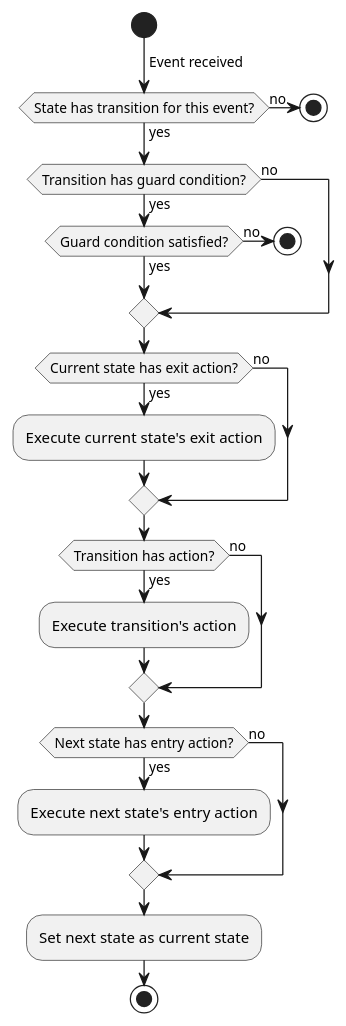
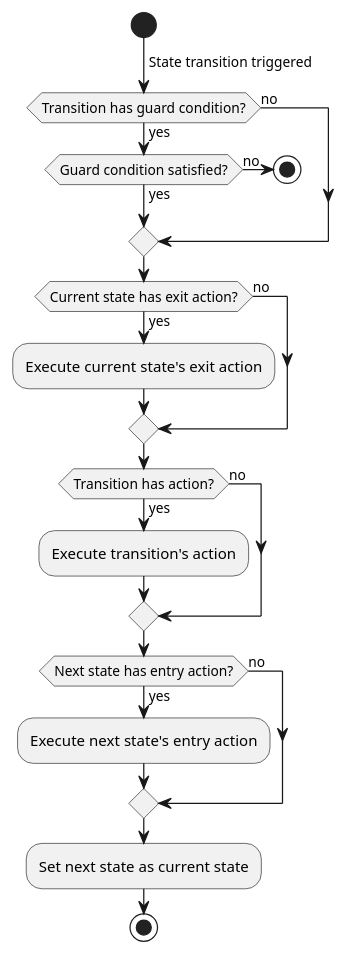
Before and after one commit to djurodrljaca/CppStateMachineFramework: the second of 4 diagrams in docs/Diagrams/FlowCharts.plantuml, drawn with PlantUML. The commit also changed other lines of this file and 8 other files, not shown here.

```diff
--- a/docs/Diagrams/FlowCharts.plantuml
+++ b/docs/Diagrams/FlowCharts.plantuml
@@ -1,37 +20,32 @@
-@startuml StateTransition
+@startuml StateTransitionWorkflow
 start
 
--> Event received;
-
-if (State has transition for this event?) then (no)
-     stop
-else (yes)
-endif
+-> State transition triggered;
 
 if (Transition has guard condition?) then (yes)
      if (Guard condition satisfied?) then (no)
           stop
      else (yes)
      endif
 else (no)
 endif
 
 if (Current state has exit action?) then (yes)
      :Execute current state's exit action;
 else (no)
 endif
 
 if (Transition has action?) then (yes)
      :Execute transition's action;
 else (no)
 endif
 
 if (Next state has entry action?) then (yes)
      :Execute next state's entry action;
 else (no)
 endif
 
 :Set next state as current state;
 
 stop
 @enduml
```
